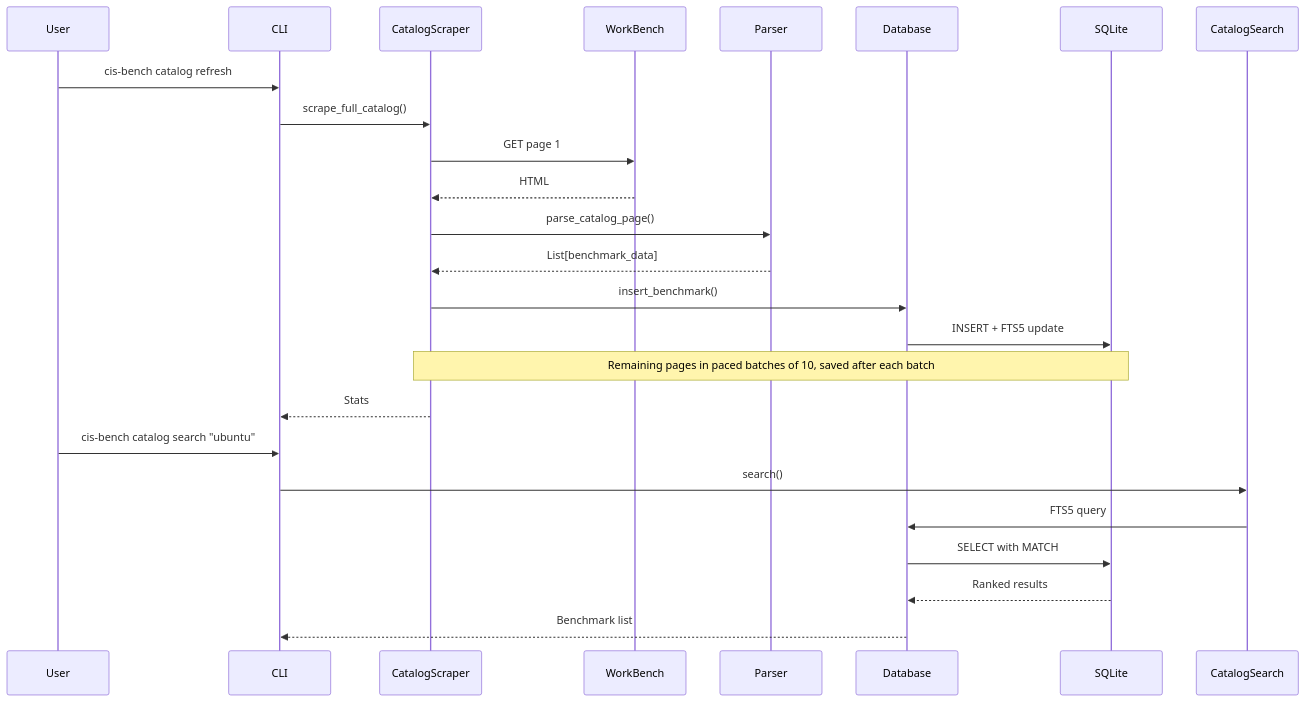
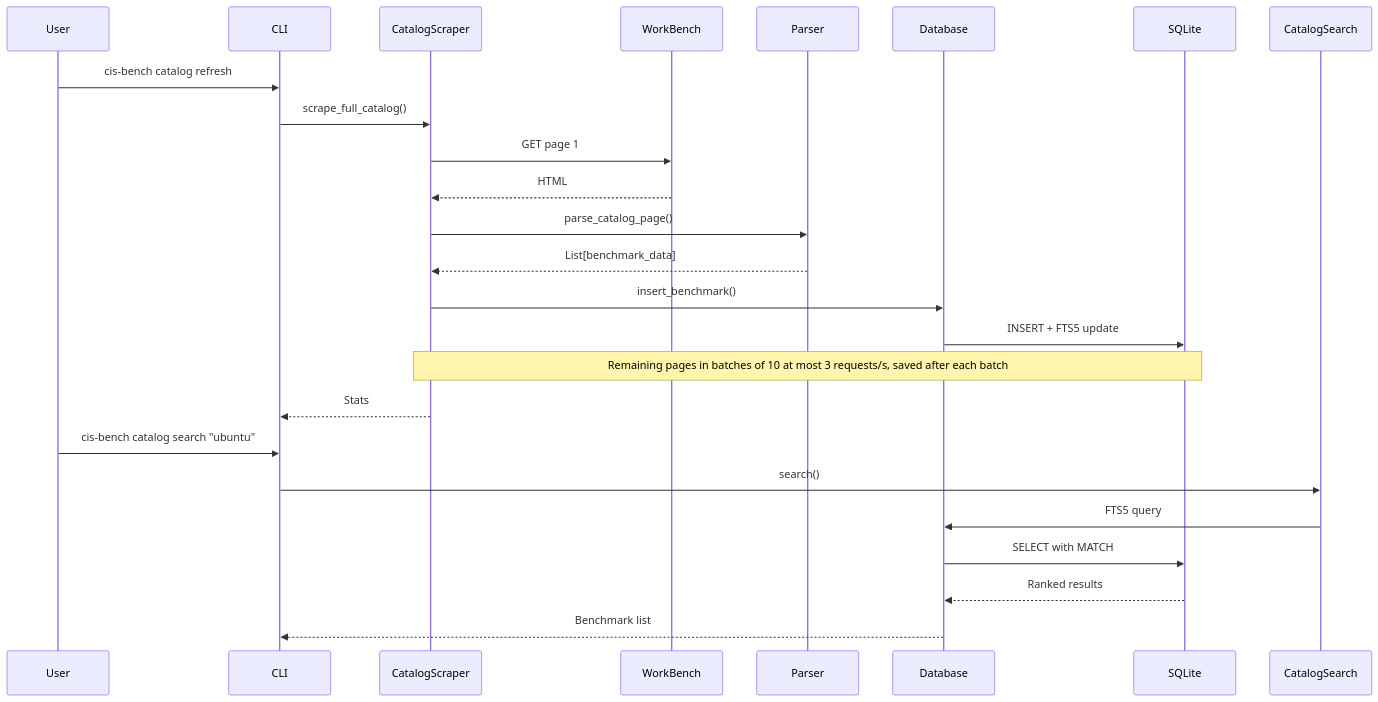
The ninth of 13 diagrams in docs/developer-guide/architecture.md (mitre/cis-bench), drawn with Mermaid before and after one commit. The commit also changed other lines of this file and 35 other files, not shown here.

````diff
--- a/docs/developer-guide/architecture.md
+++ b/docs/developer-guide/architecture.md
@@ -295,20 +297,20 @@
 ```mermaid
 sequenceDiagram
 User->>CLI: cis-bench catalog refresh
 CLI->>CatalogScraper: scrape_full_catalog()
 CatalogScraper->>WorkBench: GET page 1
 WorkBench-->>CatalogScraper: HTML
 CatalogScraper->>Parser: parse_catalog_page()
 Parser-->>CatalogScraper: List[benchmark_data]
 CatalogScraper->>Database: insert_benchmark()
 Database->>SQLite: INSERT + FTS5 update
-Note over CatalogScraper,SQLite: Remaining pages in paced batches of 10, saved after each batch
+Note over CatalogScraper,SQLite: Remaining pages in batches of 10 at most 3 requests/s, saved after each batch
 CatalogScraper-->>CLI: Stats
 
 User->>CLI: cis-bench catalog search "ubuntu"
 CLI->>CatalogSearch: search()
 CatalogSearch->>Database: FTS5 query
 Database->>SQLite: SELECT with MATCH
 SQLite-->>Database: Ranked results
 Database-->>CLI: Benchmark list
 ```
````
